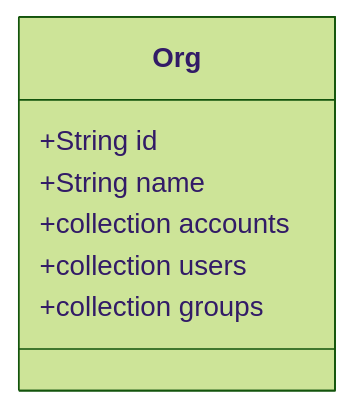
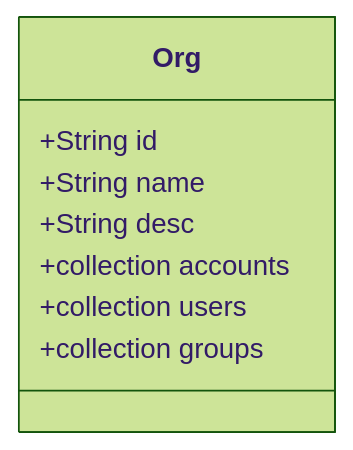
Before and after one commit to MichinobuMaeda/kyubikohub: the third of 6 diagrams in docs/data_structure.md, drawn with Mermaid (forest theme). The commit also changed other lines of this file and 39 other files, not shown here.

````diff
--- a/docs/data_structure.md
+++ b/docs/data_structure.md
@@ -39,9 +39,10 @@
 ```mermaid
 classDiagram
     class Org
     Org : +String id
     Org : +String name
+    Org : +String desc
     Org : +collection accounts
     Org : +collection users
     Org : +collection groups
 ```
````
